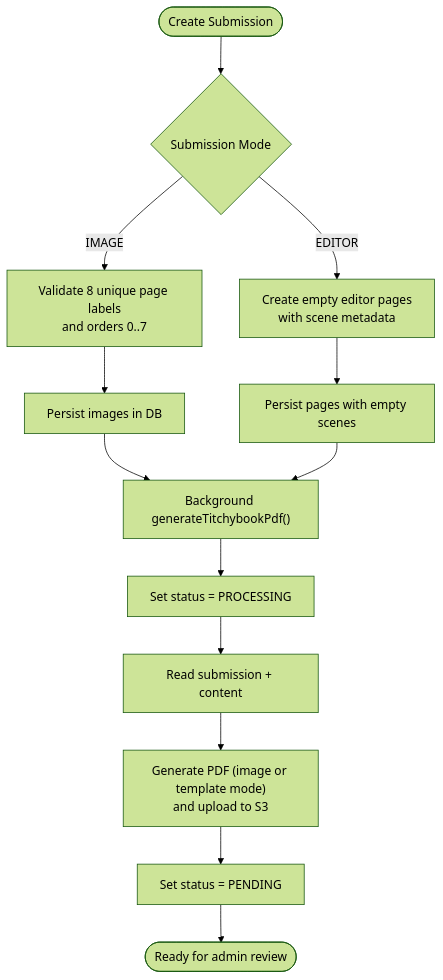
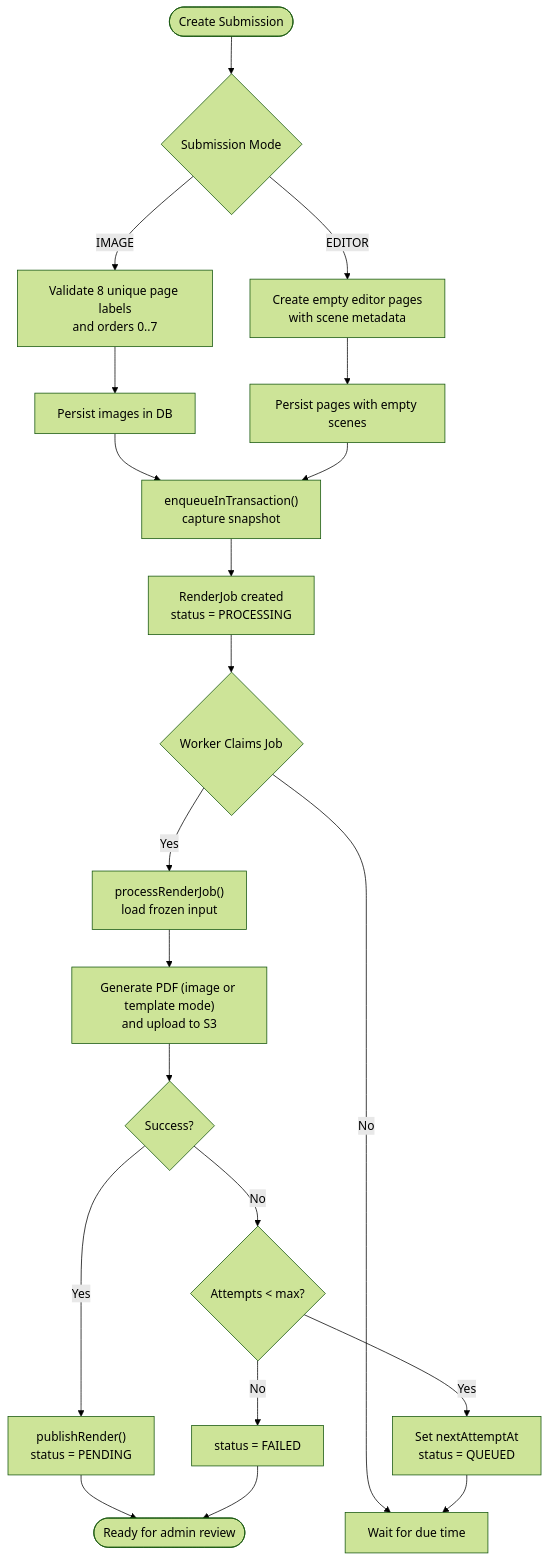
Before and after one commit to Crowdspender/titchybooks-app: the seventh of 8 diagrams in .qoder/repowiki/en/content/PDF Generation Engine/PDF Generation Engine.md, drawn with Mermaid (forest theme). The commit also changed other lines of this file and 23 other files, not shown here.

Commit message:
fix: address CodeRabbit review findings (docs accuracy, error UI, editor history, render snapshot)

````diff
--- a/.qoder/repowiki/en/content/PDF Generation Engine/PDF Generation Engine.md
+++ b/.qoder/repowiki/en/content/PDF Generation Engine/PDF Generation Engine.md
@@ -345,15 +408,23 @@
 ```mermaid
 flowchart TD
 Start(["Create Submission"]) --> Mode{"Submission Mode"}
 Mode --> |IMAGE| ValidateImages["Validate 8 unique page labels<br/>and orders 0..7"]
 Mode --> |EDITOR| CreatePages["Create empty editor pages<br/>with scene metadata"]
 ValidateImages --> PersistImages["Persist images in DB"]
 CreatePages --> PersistEditor["Persist pages with empty scenes"]
-PersistImages --> BG["Background generateTitchybookPdf()"]
-PersistEditor --> BG
-BG --> StatusProc["Set status = PROCESSING"]
-StatusProc --> Read["Read submission + content"]
-Read --> Gen["Generate PDF (image or template mode)<br/>and upload to S3"]
-Gen --> StatusDone["Set status = PENDING"]
-StatusDone --> End(["Ready for admin review"])
+PersistImages --> Enqueue["enqueueInTransaction()<br/>capture snapshot"]
+PersistEditor --> Enqueue
+Enqueue --> JobCreated["RenderJob created<br/>status = PROCESSING"]
+JobCreated --> Worker{"Worker Claims Job"}
+Worker --> |Yes| Process["processRenderJob()<br/>load frozen input"]
+Worker --> |No| Wait["Wait for due time"]
+Process --> Gen["Generate PDF (image or template mode)<br/>and upload to S3"]
+Gen --> Success{"Success?"}
+Success --> |Yes| Complete["publishRender()<br/>status = PENDING"]
+Success --> |No| Retry{"Attempts < max?"}
+Retry --> |Yes| Delay["Set nextAttemptAt<br/>status = QUEUED"]
+Retry --> |No| Fail["status = FAILED"]
+Complete --> End(["Ready for admin review"])
+Fail --> End
+Delay --> Wait
 ```
````
